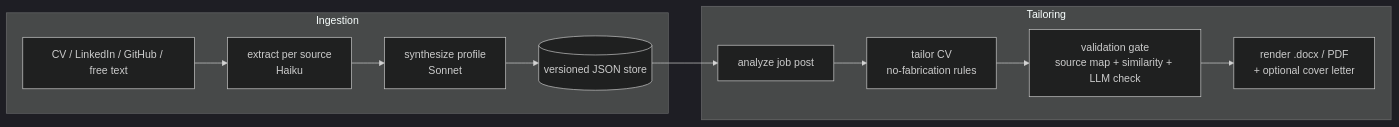
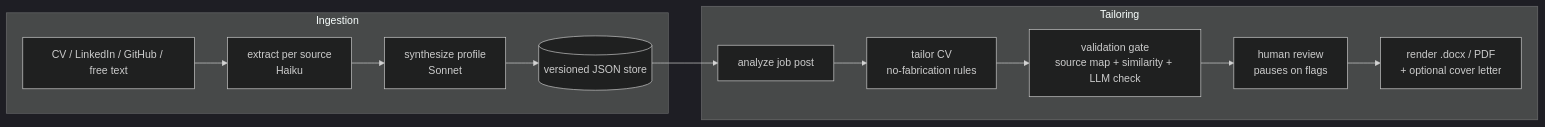
The diagram in README.md (thomas-choi/Resume-Builder), drawn with Mermaid (dark theme) before and after one commit. The commit also changed other lines of this file and 45 other files, not shown here.

````diff
--- a/README.md
+++ b/README.md
@@ -15,9 +15,9 @@
 ```mermaid
 flowchart LR
     subgraph Ingestion
         A[CV / LinkedIn / GitHub / free text] --> B[extract per source<br/>Haiku] --> C[synthesize profile<br/>Sonnet] --> D[(versioned JSON store)]
     end
     subgraph Tailoring
-        D --> E[analyze job post] --> F[tailor CV<br/>no-fabrication rules] --> G[validation gate<br/>source map + similarity + LLM check] --> H[render .docx / PDF<br/>+ optional cover letter]
+        D --> E[analyze job post] --> F[tailor CV<br/>no-fabrication rules] --> G[validation gate<br/>source map + similarity + LLM check] --> R[human review<br/>pauses on flags] --> H[render .docx / PDF<br/>+ optional cover letter]
     end
 ```
````
